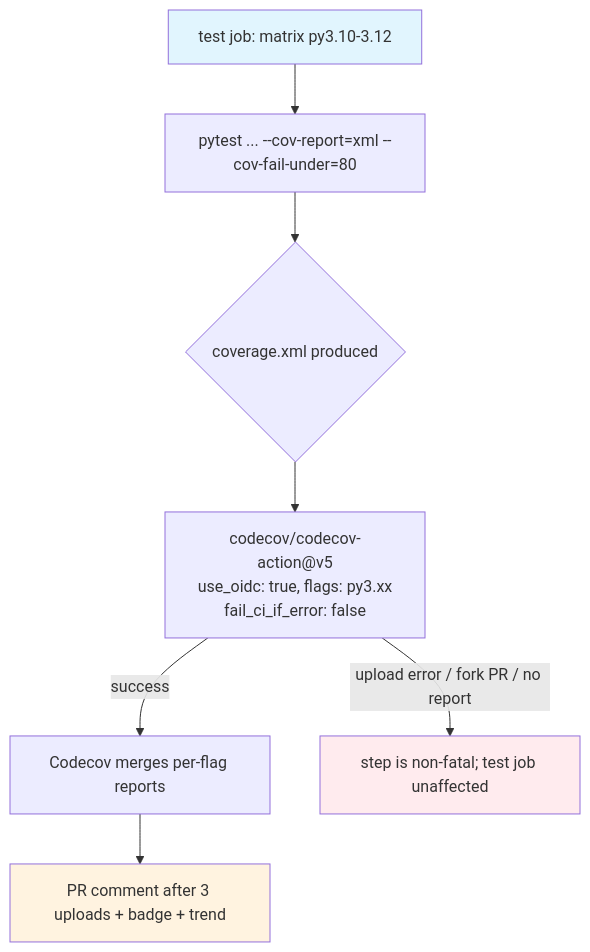
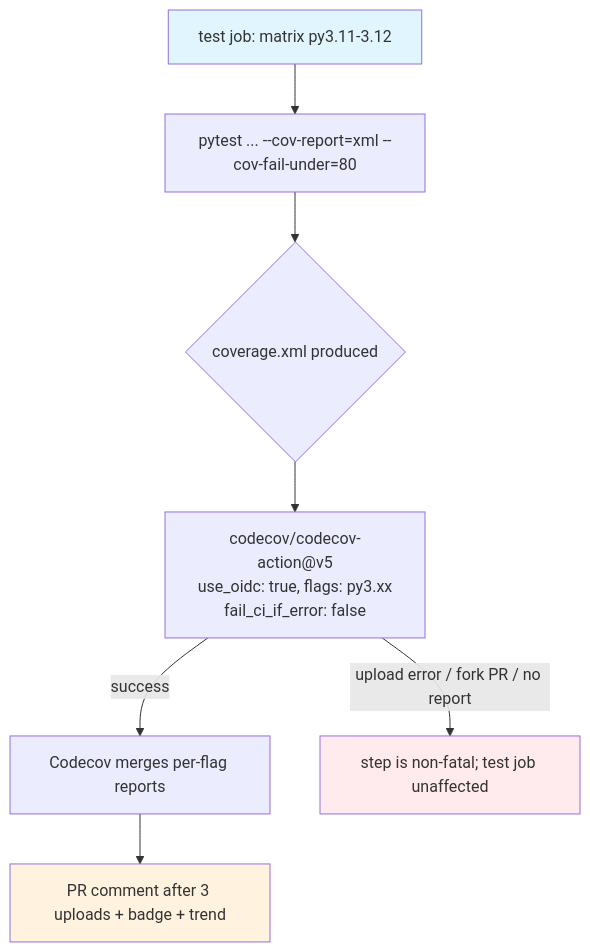
Before and after one commit to davidouagne/datahub-yaml-source: the diagram in spec/spec-process-cicd-codecov.md, drawn with Mermaid. The commit also changed other lines of this file and 9 other files, not shown here.

````diff
--- a/spec/spec-process-cicd-codecov.md
+++ b/spec/spec-process-cicd-codecov.md
@@ -35,13 +35,13 @@
 ```mermaid
 graph TD
-    A[test job: matrix py3.10-3.12] --> B["pytest ... --cov-report=xml --cov-fail-under=80"]
+    A[test job: matrix py3.11-3.12] --> B["pytest ... --cov-report=xml --cov-fail-under=80"]
     B --> C{coverage.xml produced}
     C --> D["codecov/codecov-action@v5<br/>use_oidc: true, flags: py3.xx<br/>fail_ci_if_error: false"]
     D -->|success| E[Codecov merges per-flag reports]
     D -->|upload error / fork PR / no report| F[step is non-fatal; test job unaffected]
     E --> G[PR comment after 3 uploads + badge + trend]
 
     style A fill:#e1f5fe
     style G fill:#fff3e0
     style F fill:#ffebee
 ```
````
